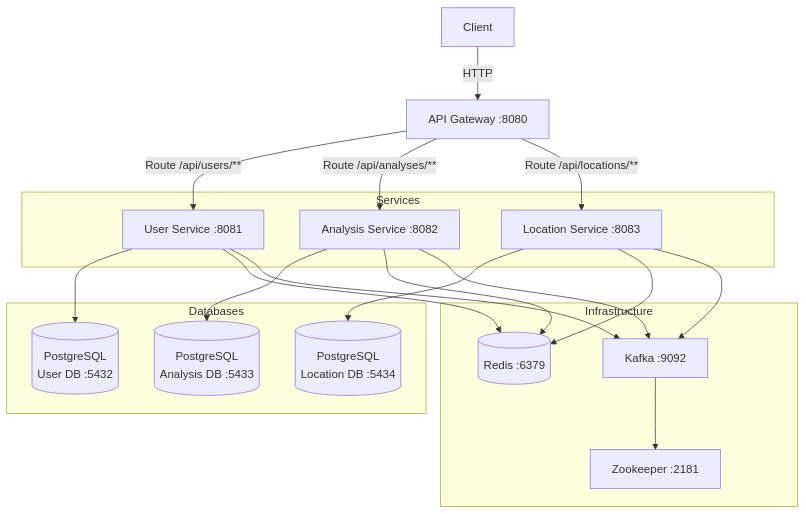
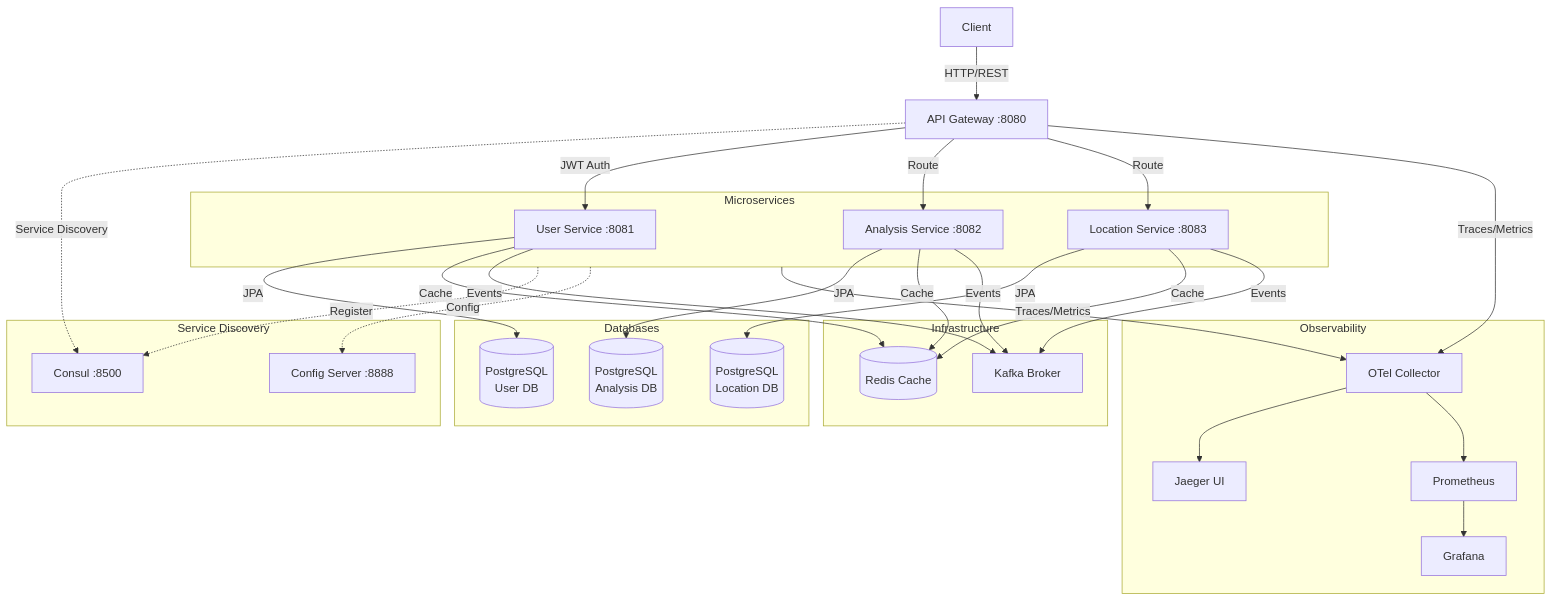
Before and after one commit to MichalSarniewicz/skydive-forecast: the diagram in README.md, drawn with Mermaid. The commit also changed other lines of this file, not shown here.

Commit message:
docs: README update: change architecture diagram, infrastructure and CI/CD info

````diff
--- a/README.md
+++ b/README.md
@@ -22,42 +22,62 @@
 ```mermaid
 graph TB
     Client[Client]
+    
+    subgraph Discovery["Service Discovery"]
+        Consul[Consul :8500]
+        ConfigServer[Config Server :8888]
+    end
+    
     Gateway[API Gateway :8080]
     
-    subgraph Services
+    subgraph Services["Microservices"]
         User[User Service :8081]
         Analysis[Analysis Service :8082]
         Location[Location Service :8083]
     end
     
-    subgraph Databases
-        UserDB[(PostgreSQL<br/>User DB :5432)]
-        AnalysisDB[(PostgreSQL<br/>Analysis DB :5433)]
-        LocationDB[(PostgreSQL<br/>Location DB :5434)]
+    subgraph Databases["Databases"]
+        UserDB[(PostgreSQL<br/>User DB)]
+        AnalysisDB[(PostgreSQL<br/>Analysis DB)]
+        LocationDB[(PostgreSQL<br/>Location DB)]
     end
     
-    subgraph Infrastructure
-        Redis[(Redis :6379)]
-        Kafka[Kafka :9092]
-        Zookeeper[Zookeeper :2181]
+    subgraph Infrastructure["Infrastructure"]
+        Redis[(Redis Cache)]
+        Kafka[Kafka Broker]
     end
     
-    Client -->|HTTP| Gateway
-    Gateway -->|Route /api/users/**| User
-    Gateway -->|Route /api/analyses/**| Analysis
-    Gateway -->|Route /api/locations/**| Location
+    subgraph Observability["Observability"]
+        OTel[OTel Collector]
+        Jaeger[Jaeger UI]
+        Prometheus[Prometheus]
+        Grafana[Grafana]
+    end
     
-    User --> UserDB
-    Analysis --> AnalysisDB
-    Location --> LocationDB
+    Client -->|HTTP/REST| Gateway
+    Gateway -.->|Service Discovery| Consul
+    Services -.->|Register| Consul
+    Services -.->|Config| ConfigServer
     
-    User --> Redis
-    Analysis --> Redis
-    Location --> Redis
+    Gateway -->|JWT Auth| User
+    Gateway -->|Route| Analysis
+    Gateway -->|Route| Location
     
-    Analysis --> Kafka
-    User --> Kafka
-    Location --> Kafka
+    User -->|JPA| UserDB
+    Analysis -->|JPA| AnalysisDB
+    Location -->|JPA| LocationDB
     
-    Kafka --> Zookeeper
+    User -->|Cache| Redis
+    Analysis -->|Cache| Redis
+    Location -->|Cache| Redis
+    
+    Analysis -->|Events| Kafka
+    User -->|Events| Kafka
+    Location -->|Events| Kafka
+    
+    Services -->|Traces/Metrics| OTel
+    Gateway -->|Traces/Metrics| OTel
+    OTel --> Jaeger
+    OTel --> Prometheus
+    Prometheus --> Grafana
 ```
````
